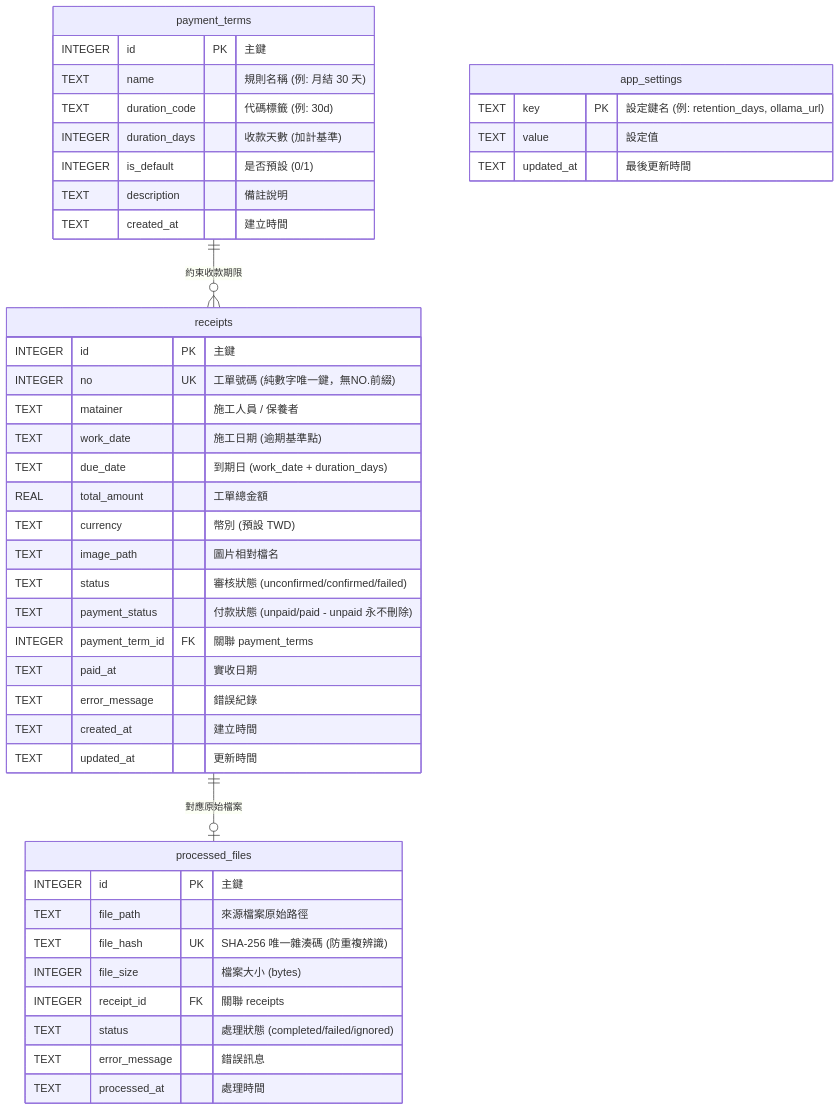
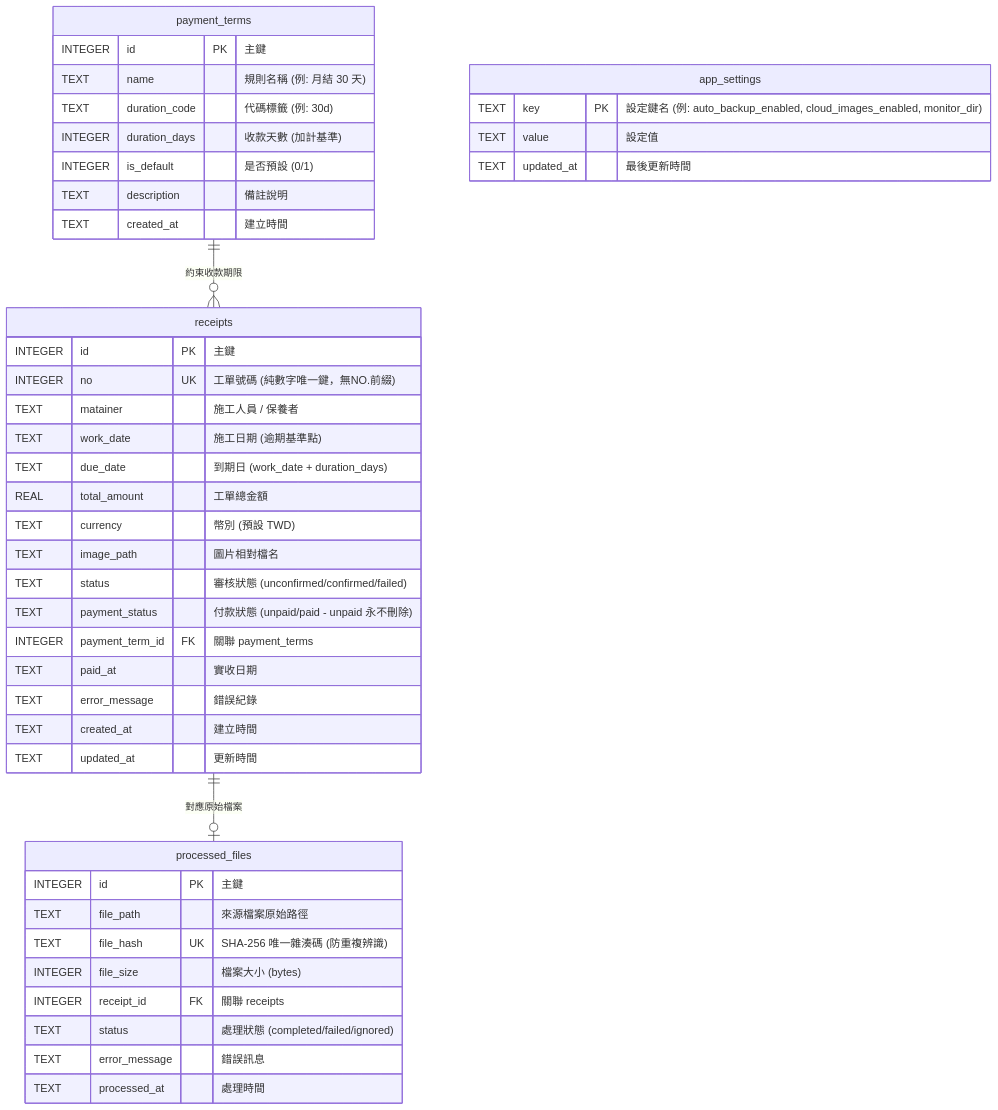
Before and after one commit to duel80003/wh-assistant: the diagram in migrations/README.md, drawn with Mermaid. The commit also changed 13 other files, not shown here.

First line of the commit message:
feat: implement cloud backup service and custom image storage with automatic backup triggers

````diff
--- a/migrations/README.md
+++ b/migrations/README.md
@@ -35,50 +35,50 @@
 ```mermaid
 erDiagram
     payment_terms ||--o{ receipts : "約束收款期限"
     receipts ||--o| processed_files : "對應原始檔案"
 
     payment_terms {
         INTEGER id PK "主鍵"
         TEXT name "規則名稱 (例: 月結 30 天)"
         TEXT duration_code "代碼標籤 (例: 30d)"
         INTEGER duration_days "收款天數 (加計基準)"
         INTEGER is_default "是否預設 (0/1)"
         TEXT description "備註說明"
         TEXT created_at "建立時間"
     }
 
     receipts {
         INTEGER id PK "主鍵"
         INTEGER no UK "工單號碼 (純數字唯一鍵，無NO.前綴)"
         TEXT matainer "施工人員 / 保養者"
         TEXT work_date "施工日期 (逾期基準點)"
         TEXT due_date "到期日 (work_date + duration_days)"
         REAL total_amount "工單總金額"
         TEXT currency "幣別 (預設 TWD)"
         TEXT image_path "圖片相對檔名"
         TEXT status "審核狀態 (unconfirmed/confirmed/failed)"
         TEXT payment_status "付款狀態 (unpaid/paid - unpaid 永不刪除)"
         INTEGER payment_term_id FK "關聯 payment_terms"
         TEXT paid_at "實收日期"
         TEXT error_message "錯誤紀錄"
         TEXT created_at "建立時間"
         TEXT updated_at "更新時間"
     }
 
     processed_files {
         INTEGER id PK "主鍵"
         TEXT file_path "來源檔案原始路徑"
         TEXT file_hash UK "SHA-256 唯一雜湊碼 (防重複辨識)"
         INTEGER file_size "檔案大小 (bytes)"
         INTEGER receipt_id FK "關聯 receipts"
         TEXT status "處理狀態 (completed/failed/ignored)"
         TEXT error_message "錯誤訊息"
         TEXT processed_at "處理時間"
     }
 
     app_settings {
-        TEXT key PK "設定鍵名 (例: retention_days, ollama_url)"
+        TEXT key PK "設定鍵名 (例: auto_backup_enabled, cloud_images_enabled, monitor_dir)"
         TEXT value "設定值"
         TEXT updated_at "最後更新時間"
     }
 ```
````
